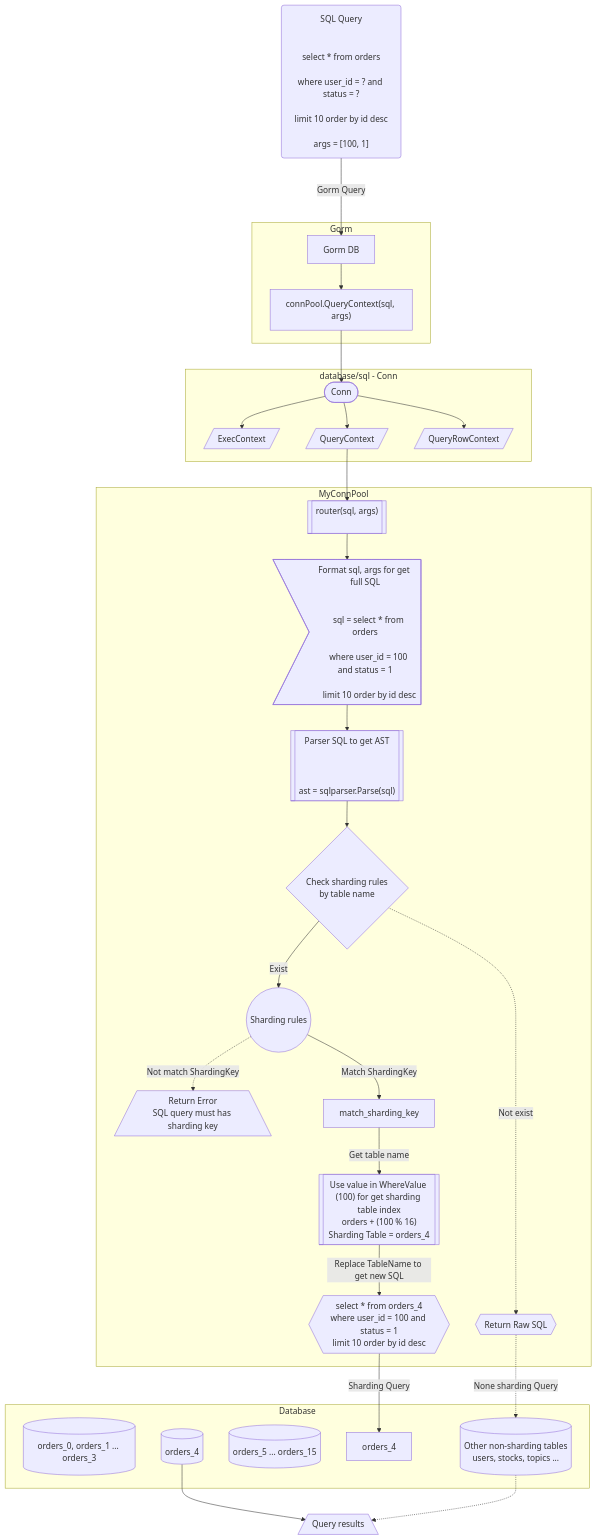
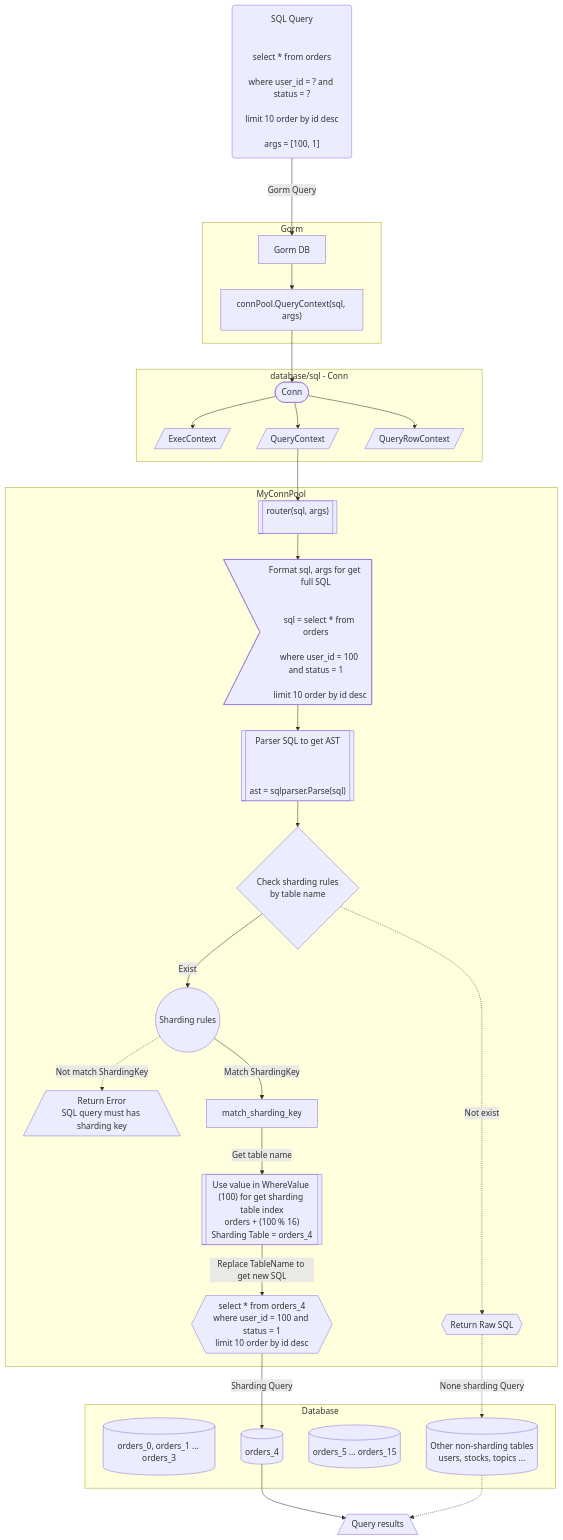
Before and after one commit to longbridgeapp/gorm-sharding: the diagram in docs/query.md, drawn with Mermaid. The commit also changed 1 other file, not shown here.

Commit message:
fix small mistake in diagram

````diff
--- a/docs/query.md
+++ b/docs/query.md
@@ -3,67 +3,67 @@
 ```mermaid
 graph TD
 first("SQL Query<br><br>
 select * from orders<br>
 where user_id = ? and status = ?<br>
 limit 10 order by id desc<br>
 args = [100, 1]")
 
 first--->| Gorm Query |db["Gorm DB"]
 
 subgraph "Gorm"
   db-->gorm_query
   gorm_query["connPool.QueryContext(sql, args)<br>"]
 end
 
 subgraph "database/sql - Conn"
   ExecContext[/"ExecContext"/]
   QueryContext[/"QueryContext"/]
   QueryRowContext[/"QueryRowContext"/]
   gorm_query-->Conn
   Conn(["Conn"])
   Conn-->ExecContext
   Conn-->QueryContext
   Conn-->QueryRowContext
 end
 
 subgraph sharding ["MyConnPool"]
   QueryContext-->router-->format_sql-->parse-->check_table
   router[["router(sql, args)<br><br>"]]
   format_sql>"Format sql, args for get full SQL<br><br>
     sql = select * from orders<br>
     where user_id = 100 and status = 1<br>
     limit 10 order by id desc"]
 
   check_table{"Check sharding rules<br>by table name"}
   check_table-->| Exist |process_ast
   check_table_1{{"Return Raw SQL"}}
   not_match_error[/"Return Error<br>SQL query must has sharding key"\]
 
   parse[["Parser SQL to get AST<br>
   <br>
   ast = sqlparser.Parse(sql)"]]
 
   check_table-.->| Not exist |check_table_1
   process_ast(("Sharding rules"))
   get_new_table_name[["Use value in WhereValue (100) for get sharding table index<br>orders + (100 % 16)<br>Sharding Table = orders_4"]]
   new_sql{{"select * from orders_4<br>where user_id = 100 and status = 1<br>limit 10 order by id desc"}}
 
   process_ast-.->| Not match ShardingKey |not_match_error
   process_ast-->| Match ShardingKey |match_sharding_key-->| Get table name |get_new_table_name-->| Replace TableName to get new SQL |new_sql
 end
 
 
 subgraph database [Database]
-  posts_other[("orders_0, orders_1 ... orders_3")]
-  posts_4[(orders_4)]
-  posts_last[("orders_5 ... orders_15")]
+  orders_other[("orders_0, orders_1 ... orders_3")]
+  orders_4[(orders_4)]
+  orders_last[("orders_5 ... orders_15")]
   other_tables[(Other non-sharding tables<br>users, stocks, topics ...)]
 
   new_sql-->| Sharding Query | orders_4
   check_table_1-.->| None sharding Query |other_tables
 end
 
-posts_4-->result
+orders_4-->result
 other_tables-.->result
 result[/Query results\]
 ```
````
